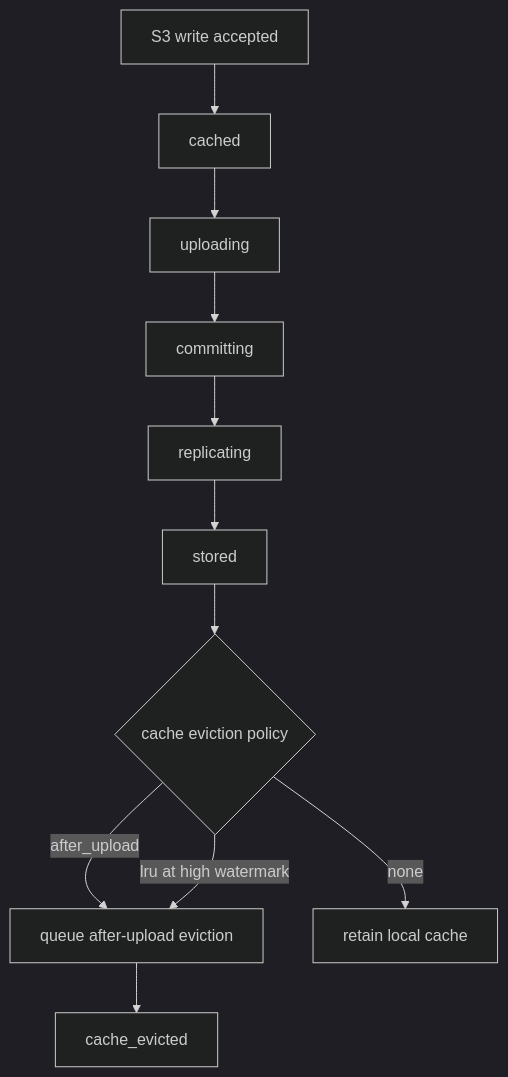
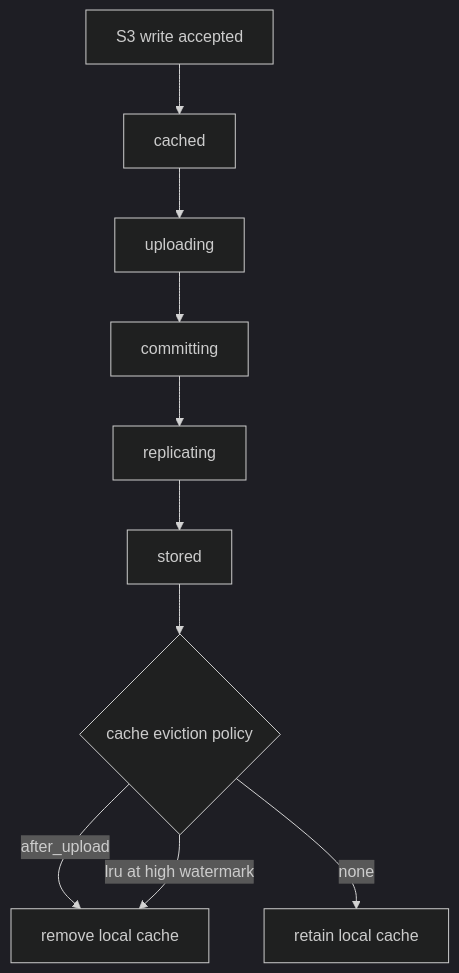
Before and after one commit to strahe/SynapS3: the diagram in docs/en/concepts/filecoin-storage-flow.md, drawn with Mermaid (dark theme). The commit also changed other lines of this file and 324 other files, not shown here.

First line of the commit message:
refactor: unify task engine and database architecture (#18)

````diff
--- a/docs/en/concepts/filecoin-storage-flow.md
+++ b/docs/en/concepts/filecoin-storage-flow.md
@@ -12,13 +12,12 @@
 ```mermaid
 flowchart TD
   put["S3 write accepted"] --> cached["cached"]
   cached --> uploading["uploading"]
   uploading --> committing["committing"]
   committing --> replicating["replicating"]
   replicating --> stored["stored"]
   stored --> policy{"cache eviction policy"}
-  policy -->|"after_upload"| evict["queue after-upload eviction"]
+  policy -->|"after_upload"| evict["remove local cache"]
   policy -->|"lru at high watermark"| evict
   policy -->|"none"| retain["retain local cache"]
-  evict --> evicted["cache_evicted"]
 ```
````
